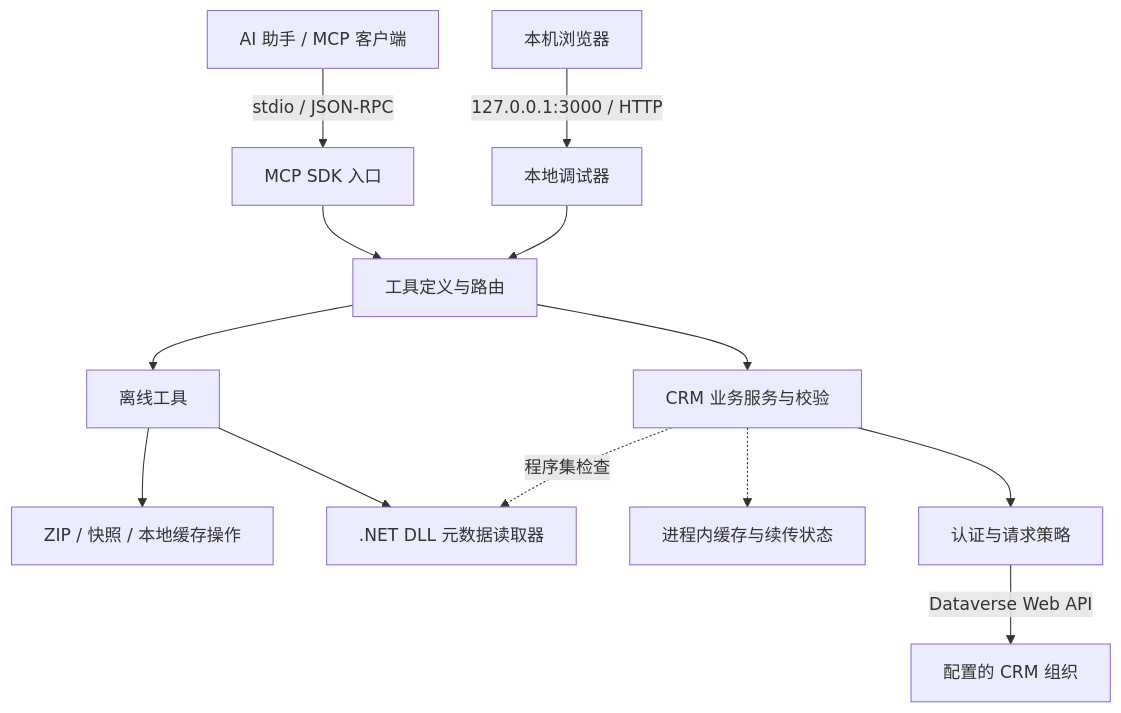
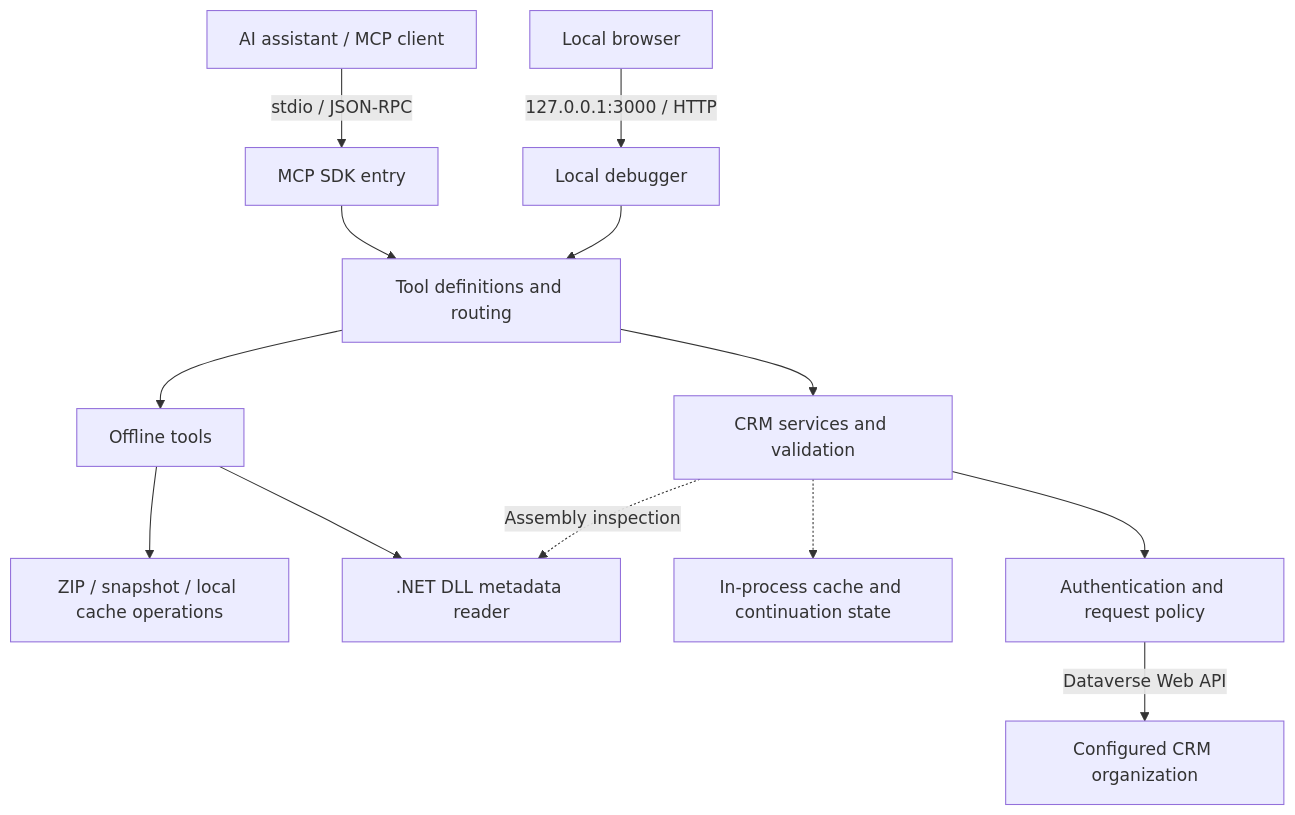
The first of 5 diagrams in README.md (Kenny-666/Dynamics365-mcp-server), drawn with Mermaid before and after one commit. The commit also changed other lines of this file and 11 other files, not shown here.

````diff
--- a/README.md
+++ b/README.md
@@ -79,15 +79,15 @@
 ```mermaid
 flowchart TB
-    Client["AI 助手 / MCP 客户端"] -->|"stdio / JSON-RPC"| MCP["MCP SDK 入口"]
-    Browser["本机浏览器"] -->|"127.0.0.1:3000 / HTTP"| Debug["本地调试器"]
-    MCP --> Router["工具定义与路由"]
+    Client["AI assistant / MCP client"] -->|"stdio / JSON-RPC"| MCP["MCP SDK entry"]
+    Browser["Local browser"] -->|"127.0.0.1:3000 / HTTP"| Debug["Local debugger"]
+    MCP --> Router["Tool definitions and routing"]
     Debug --> Router
-    Router --> Local["离线工具"]
-    Router --> Services["CRM 业务服务与校验"]
-    Local --> Files["ZIP / 快照 / 本地缓存操作"]
-    Local --> Reader[".NET DLL 元数据读取器"]
-    Services -.->|"程序集检查"| Reader
-    Services -.-> State["进程内缓存与续传状态"]
-    Services --> Auth["认证与请求策略"]
-    Auth -->|"Dataverse Web API"| CRM["配置的 CRM 组织"]
+    Router --> Local["Offline tools"]
+    Router --> Services["CRM services and validation"]
+    Local --> Files["ZIP / snapshot / local cache operations"]
+    Local --> Reader[".NET DLL metadata reader"]
+    Services -.->|"Assembly inspection"| Reader
+    Services -.-> State["In-process cache and continuation state"]
+    Services --> Auth["Authentication and request policy"]
+    Auth -->|"Dataverse Web API"| CRM["Configured CRM organization"]
 ```
````
